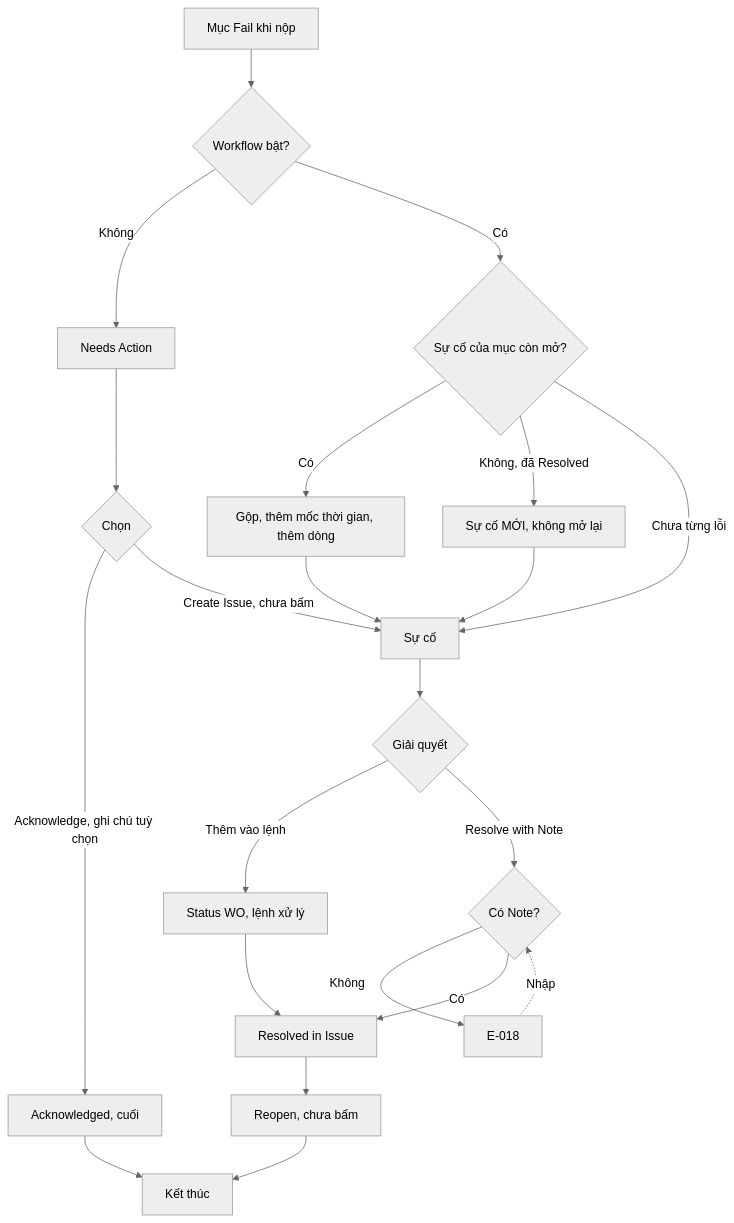
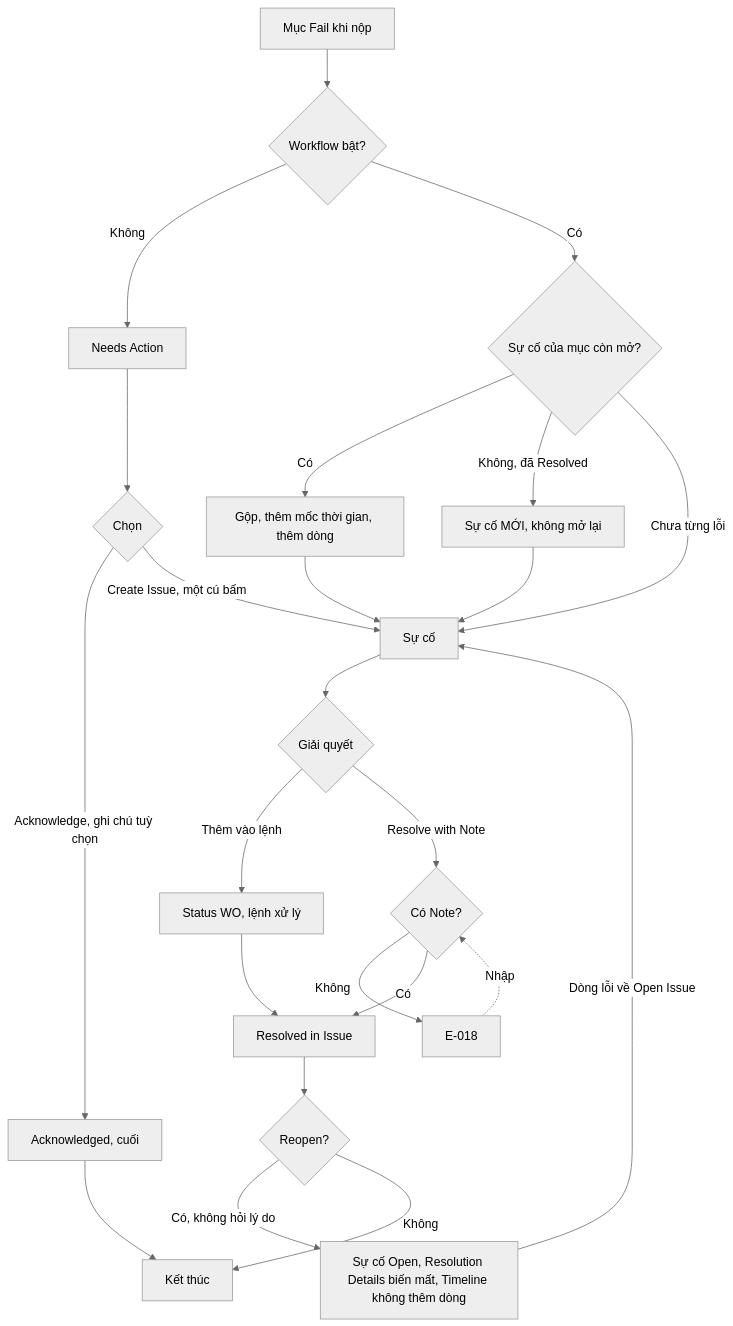
One commit to szitphan/invlogis changed the tenth of 17 diagrams in docs/_research/fleetio/srs/fleetio-reminders-inspection-flows.md. Above: the diagram before and after it, drawn with Mermaid (neutral theme). The commit also changed other lines of this file and 113 other files, not shown here.

````diff
--- a/docs/_research/fleetio/srs/fleetio-reminders-inspection-flows.md
+++ b/docs/_research/fleetio/srs/fleetio-reminders-inspection-flows.md
@@ -266,24 +289,26 @@
 ```mermaid
 flowchart TD
     A["Mục Fail khi nộp"] --> B{"Workflow bật?"}
     B -->|"Không"| C["Needs Action"]
     C --> D{"Chọn"}
     D -->|"Acknowledge, ghi chú tuỳ chọn"| E["Acknowledged, cuối"]
-    D -->|"Create Issue, chưa bấm"| F["Sự cố"]
+    D -->|"Create Issue, một cú bấm"| F["Sự cố"]
     B -->|"Có"| G{"Sự cố của mục còn mở?"}
     G -->|"Có"| H["Gộp, thêm mốc thời gian, thêm dòng"]
     G -->|"Không, đã Resolved"| I["Sự cố MỚI, không mở lại"]
     G -->|"Chưa từng lỗi"| F
     H --> F
     I --> F
     F --> J{"Giải quyết"}
     J -->|"Thêm vào lệnh"| K["Status WO, lệnh xử lý"]
     J -->|"Resolve with Note"| L{"Có Note?"}
     L -->|"Không"| E18["E-018"]
     E18 -.->|"Nhập"| L
     L -->|"Có"| M["Resolved in Issue"]
     K --> M
-    M --> N["Reopen, chưa bấm"]
+    M --> N{"Reopen?"}
+    N -->|"Có, không hỏi lý do"| O["Sự cố Open, Resolution Details biến mất, Timeline không thêm dòng"]
+    O -->|"Dòng lỗi về Open Issue"| F
+    N -->|"Không"| End["Kết thúc"]
     E --> End["Kết thúc"]
-    N --> End["Kết thúc"]
 ```
````
